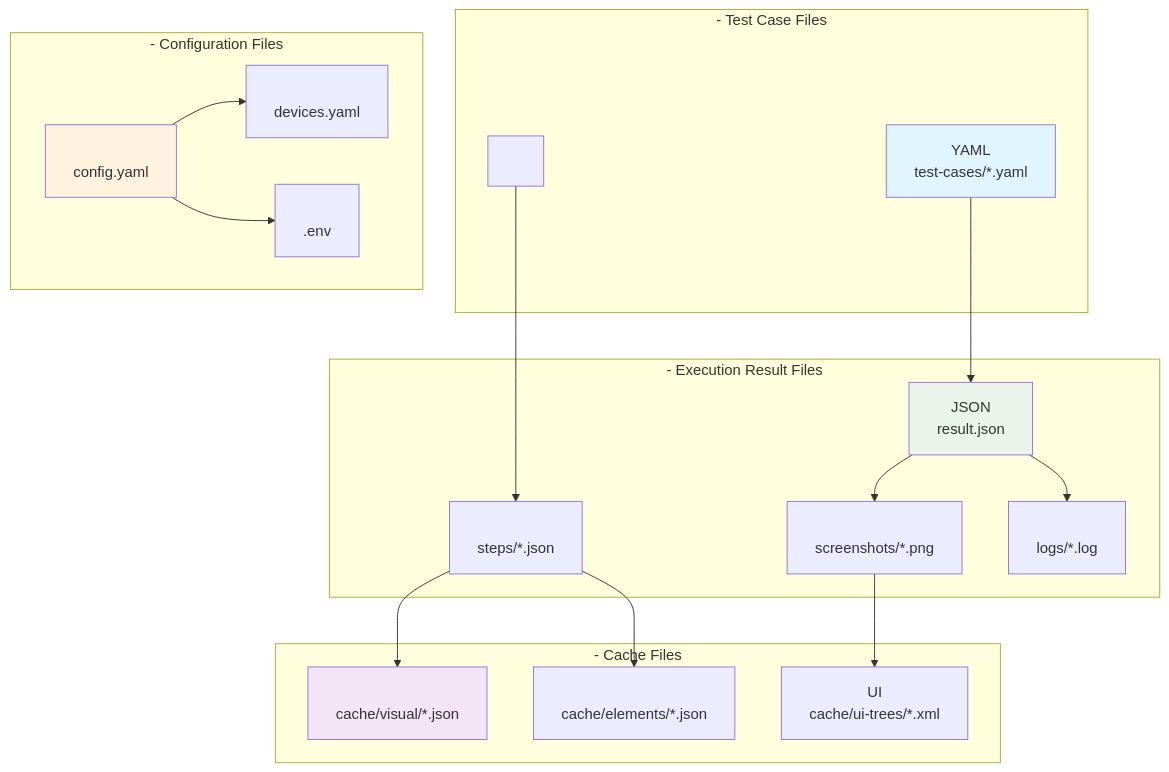
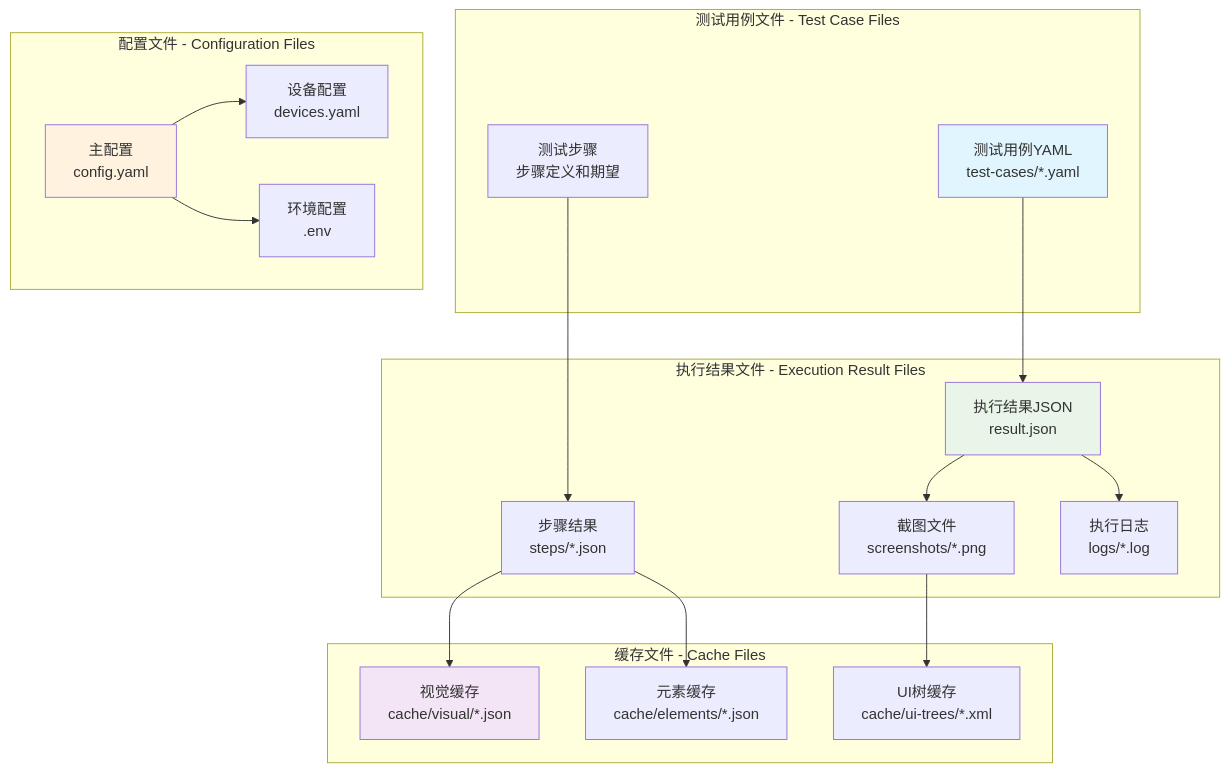
Diagram 15 of 32 in 3.md (zhuozp/AI-UI-), drawn with Mermaid before and after one commit. The commit also changed other lines of this file, not shown here.

````diff
--- a/3.md
+++ b/3.md
@@ -1878,43 +1879,43 @@
 ```mermaid
 graph TB
-subgraph " - Test Case Files"
-TestCase[YAML<br/>test-cases/*.yaml]
-TestSteps[<br/>]
-end
-
-subgraph " - Execution Result Files" 
-ExecResult[JSON<br/>result.json]
-StepResults[<br/>steps/*.json]
-Screenshots[<br/>screenshots/*.png]
-Logs[<br/>logs/*.log]
-end
-
-subgraph " - Configuration Files"
-MainConfig[<br/>config.yaml]
-DeviceConfig[<br/>devices.yaml]
-EnvConfig[<br/>.env]
-end
-
-subgraph " - Cache Files"
-VisualCache[<br/>cache/visual/*.json]
-ElementCache[<br/>cache/elements/*.json]
-TreeCache[UI<br/>cache/ui-trees/*.xml]
-end
-
-TestCase --> ExecResult
-TestSteps --> StepResults
-ExecResult --> Screenshots
-ExecResult --> Logs
-
-MainConfig --> DeviceConfig
-MainConfig --> EnvConfig
-
-StepResults --> VisualCache
-StepResults --> ElementCache
-Screenshots --> TreeCache
-
-style TestCase fill:#e1f5fe
-style ExecResult fill:#e8f5e8
-style MainConfig fill:#fff3e0
-style VisualCache fill:#f3e5f5
+    subgraph "测试用例文件 - Test Case Files"
+        TestCase[测试用例YAML<br/>test-cases/*.yaml]
+        TestSteps[测试步骤<br/>步骤定义和期望]
+    end
+    
+    subgraph "执行结果文件 - Execution Result Files"  
+        ExecResult[执行结果JSON<br/>result.json]
+        StepResults[步骤结果<br/>steps/*.json]
+        Screenshots[截图文件<br/>screenshots/*.png]
+        Logs[执行日志<br/>logs/*.log]
+    end
+    
+    subgraph "配置文件 - Configuration Files"
+        MainConfig[主配置<br/>config.yaml]
+        DeviceConfig[设备配置<br/>devices.yaml]
+        EnvConfig[环境配置<br/>.env]
+    end
+    
+    subgraph "缓存文件 - Cache Files"
+        VisualCache[视觉缓存<br/>cache/visual/*.json]
+        ElementCache[元素缓存<br/>cache/elements/*.json]
+        TreeCache[UI树缓存<br/>cache/ui-trees/*.xml]
+    end
+    
+    TestCase --> ExecResult
+    TestSteps --> StepResults
+    ExecResult --> Screenshots
+    ExecResult --> Logs
+    
+    MainConfig --> DeviceConfig
+    MainConfig --> EnvConfig
+    
+    StepResults --> VisualCache
+    StepResults --> ElementCache
+    Screenshots --> TreeCache
+    
+    style TestCase fill:#e1f5fe
+    style ExecResult fill:#e8f5e8
+    style MainConfig fill:#fff3e0
+    style VisualCache fill:#f3e5f5
 ```
````
